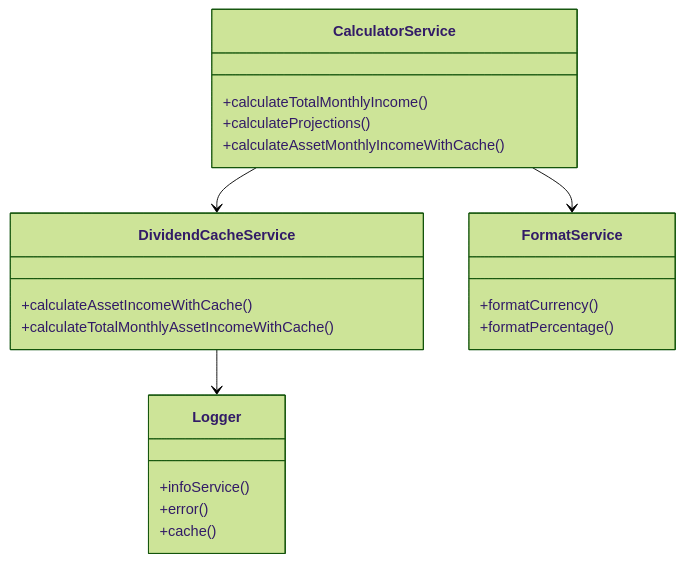
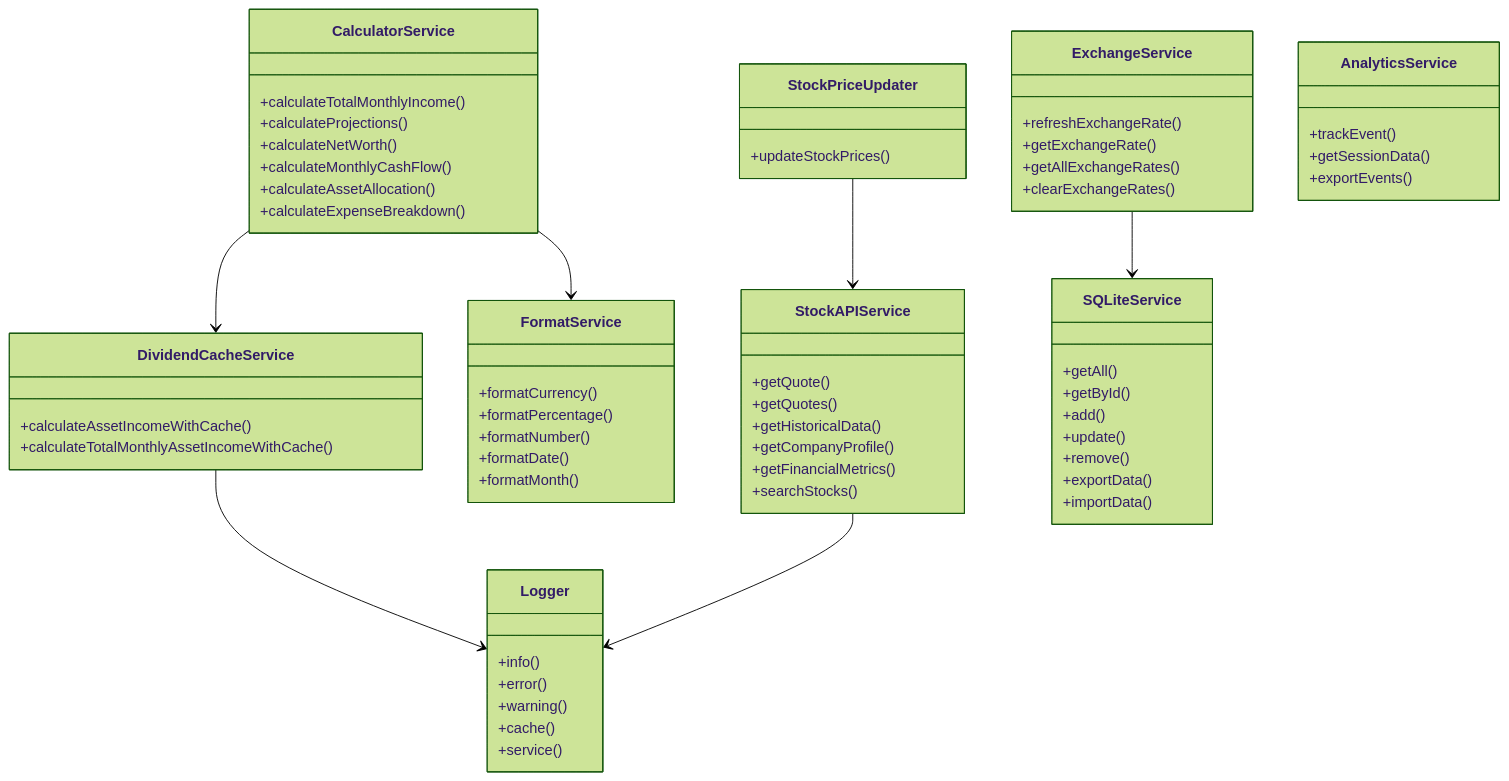
Before and after one commit to ChristianScheub/Typescript_PassivIncomeCalculator: the first of 3 diagrams in src/service/README.md, drawn with Mermaid (forest theme). The commit also changed other lines of this file and 8 other files, not shown here.

````diff
--- a/src/service/README.md
+++ b/src/service/README.md
@@ -30,24 +80,67 @@
 ```mermaid
 classDiagram
     class CalculatorService {
       +calculateTotalMonthlyIncome()
       +calculateProjections()
-      +calculateAssetMonthlyIncomeWithCache()
+      +calculateNetWorth()
+      +calculateMonthlyCashFlow()
+      +calculateAssetAllocation()
+      +calculateExpenseBreakdown()
     }
     class DividendCacheService {
       +calculateAssetIncomeWithCache()
       +calculateTotalMonthlyAssetIncomeWithCache()
     }
     class FormatService {
       +formatCurrency()
       +formatPercentage()
+      +formatNumber()
+      +formatDate()
+      +formatMonth()
+    }
+    class ExchangeService {
+      +refreshExchangeRate()
+      +getExchangeRate()
+      +getAllExchangeRates()
+      +clearExchangeRates()
+    }
+    class StockAPIService {
+      +getQuote()
+      +getQuotes()
+      +getHistoricalData()
+      +getCompanyProfile()
+      +getFinancialMetrics()
+      +searchStocks()
+    }
+    class SQLiteService {
+      +getAll()
+      +getById()
+      +add()
+      +update()
+      +remove()
+      +exportData()
+      +importData()
     }
     class Logger {
-      +infoService()
+      +info()
       +error()
+      +warning()
       +cache()
+      +service()
     }
+    class StockPriceUpdater {
+      +updateStockPrices()
+    }
+    class AnalyticsService {
+      +trackEvent()
+      +getSessionData()
+      +exportEvents()
+    }
+    
     CalculatorService --> DividendCacheService
     CalculatorService --> FormatService
     DividendCacheService --> Logger
+    StockAPIService --> Logger
+    StockPriceUpdater --> StockAPIService
+    ExchangeService --> SQLiteService
 ```
````
